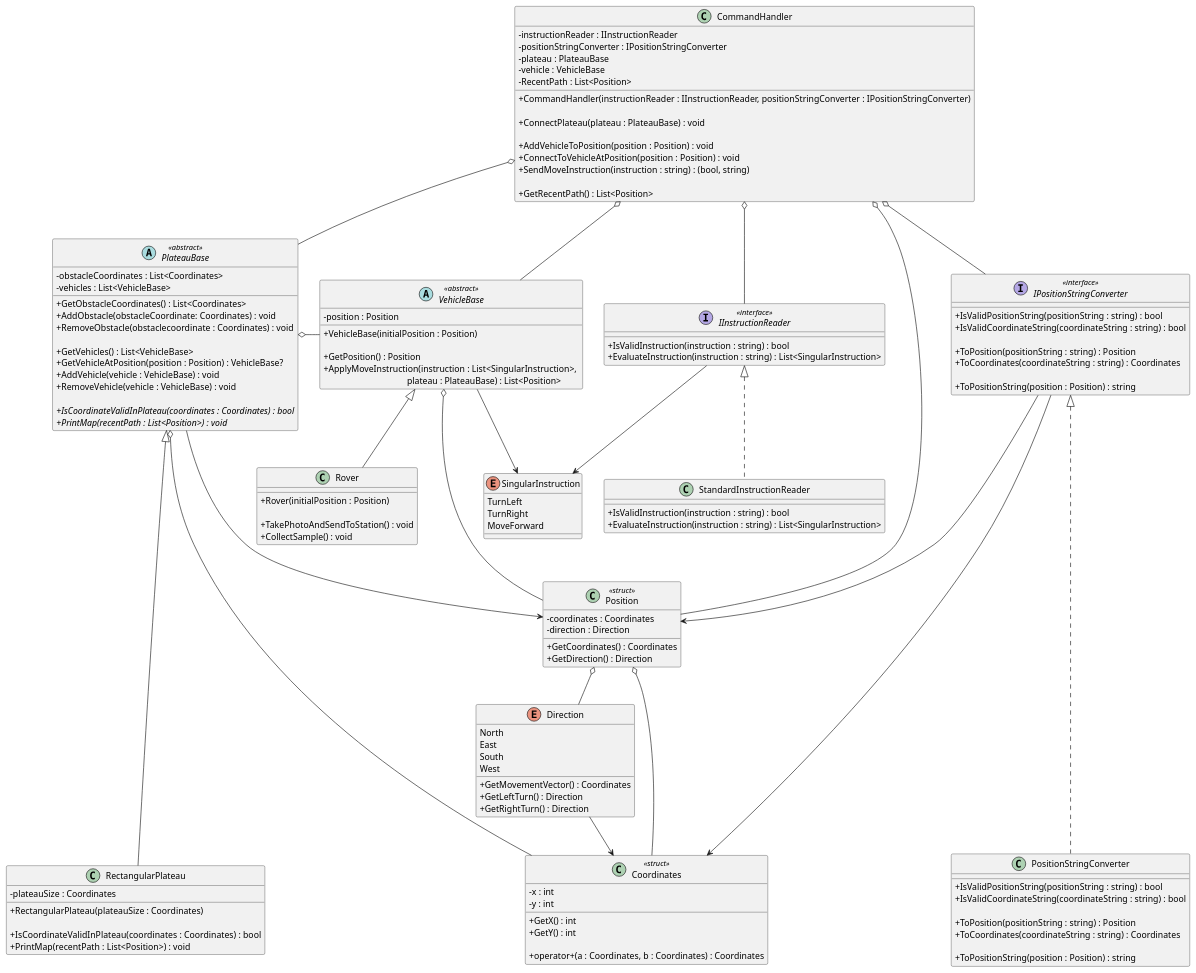
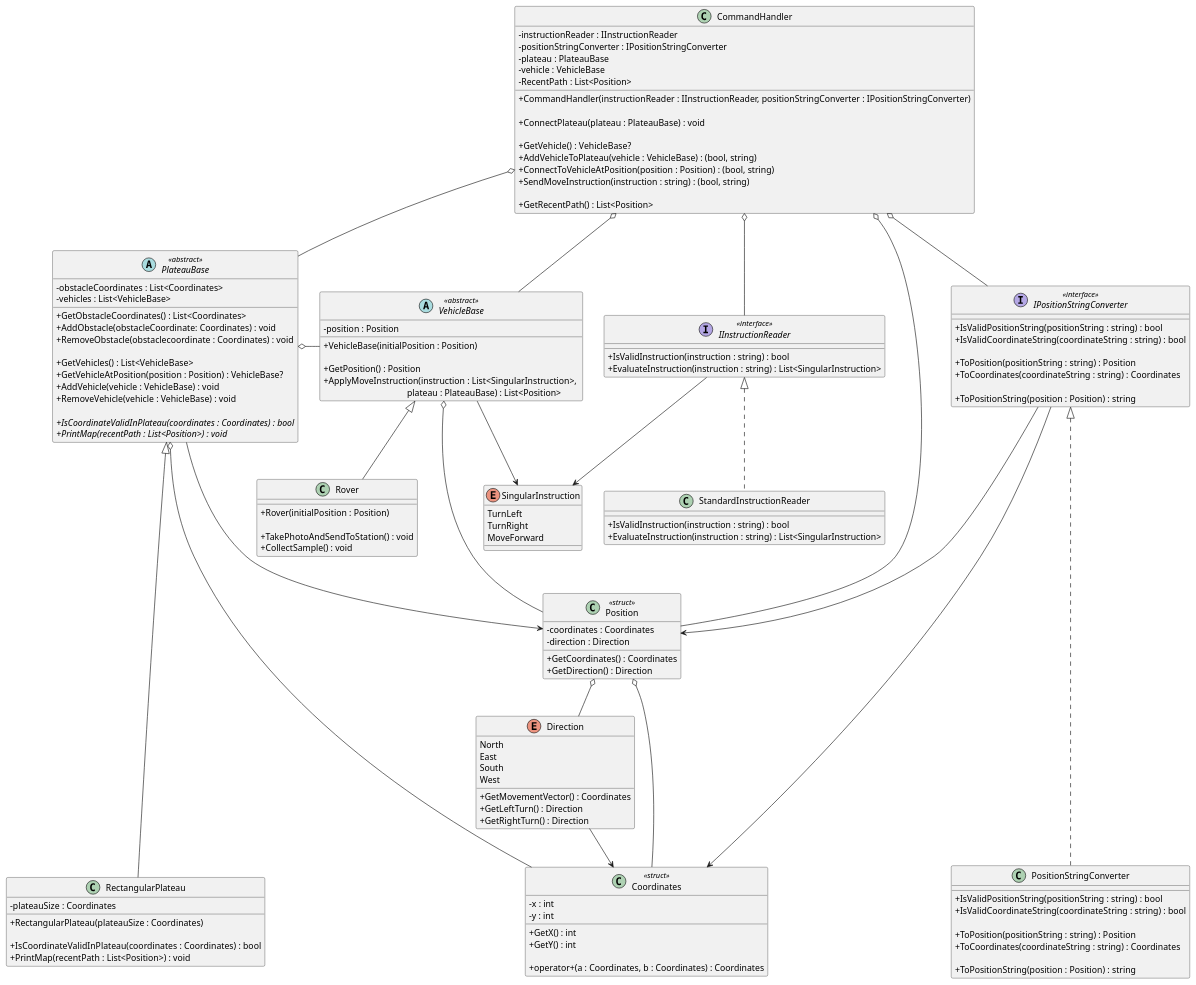
One commit to iamfranco/MarsRoverChallenge changed the diagram in diagrams/MarsRoverChallenge.puml. Above: the diagram before and after it, drawn with PlantUML. The commit also changed 1 other file, not shown here.

Commit message:
UML: modify method signatures in CommandHandler for methods that gets, adds, or connects to vehicle

```diff
--- a/diagrams/MarsRoverChallenge.puml
+++ b/diagrams/MarsRoverChallenge.puml
@@ -1,170 +1,171 @@
 @startuml "Mars Rover Challenge"
 skinparam classAttributeIconSize 0
 
 class CommandHandler
 {
   - instructionReader : IInstructionReader
   - positionStringConverter : IPositionStringConverter
   - plateau : PlateauBase
   - vehicle : VehicleBase
   - RecentPath : List<Position>
 
   + CommandHandler(instructionReader : IInstructionReader, positionStringConverter : IPositionStringConverter)
   
   + ConnectPlateau(plateau : PlateauBase) : void
 
-  + AddVehicleToPosition(position : Position) : void
-  + ConnectToVehicleAtPosition(position : Position) : void
+  + GetVehicle() : VehicleBase?
+  + AddVehicleToPlateau(vehicle : VehicleBase) : (bool, string)
+  + ConnectToVehicleAtPosition(position : Position) : (bool, string)
   + SendMoveInstruction(instruction : string) : (bool, string)
 
   + GetRecentPath() : List<Position>
 }
 
 interface IInstructionReader <<interface>>
 {
   + IsValidInstruction(instruction : string) : bool
   + EvaluateInstruction(instruction : string) : List<SingularInstruction>
 }
 
 enum SingularInstruction
 {
   TurnLeft
   TurnRight
   MoveForward
 }
 
 class StandardInstructionReader
 {
   + IsValidInstruction(instruction : string) : bool
   + EvaluateInstruction(instruction : string) : List<SingularInstruction>
 }
 
 abstract PlateauBase <<abstract>>
 {
   - obstacleCoordinates : List<Coordinates>
   - vehicles : List<VehicleBase>
 
   + GetObstacleCoordinates() : List<Coordinates>
   + AddObstacle(obstacleCoordinate: Coordinates) : void
   + RemoveObstacle(obstaclecoordinate : Coordinates) : void
 
   + GetVehicles() : List<VehicleBase>
   + GetVehicleAtPosition(position : Position) : VehicleBase?
   + AddVehicle(vehicle : VehicleBase) : void
   + RemoveVehicle(vehicle : VehicleBase) : void
 
   {abstract} + IsCoordinateValidInPlateau(coordinates : Coordinates) : bool
   {abstract} + PrintMap(recentPath : List<Position>) : void
 }
 
 class RectangularPlateau
 {
   - plateauSize : Coordinates
 
   + RectangularPlateau(plateauSize : Coordinates)
 
   + IsCoordinateValidInPlateau(coordinates : Coordinates) : bool
   + PrintMap(recentPath : List<Position>) : void
 }
 
 class Coordinates <<struct>>
 {
   - x : int
   - y : int
 
   + GetX() : int
   + GetY() : int
 
   + operator+(a : Coordinates, b : Coordinates) : Coordinates
 }
 
 enum Direction
 {
   North
   East
   South
   West
 
   + GetMovementVector() : Coordinates
   + GetLeftTurn() : Direction
   + GetRightTurn() : Direction
 }
 
 interface IPositionStringConverter <<interface>>
 {
   + IsValidPositionString(positionString : string) : bool
   + IsValidCoordinateString(coordinateString : string) : bool
 
   + ToPosition(positionString : string) : Position
   + ToCoordinates(coordinateString : string) : Coordinates
 
   + ToPositionString(position : Position) : string
 }
 
 class Position <<struct>>
 {
   - coordinates : Coordinates
   - direction : Direction
 
   + GetCoordinates() : Coordinates
   + GetDirection() : Direction
 }
 
 class PositionStringConverter
 {
   + IsValidPositionString(positionString : string) : bool
   + IsValidCoordinateString(coordinateString : string) : bool
 
   + ToPosition(positionString : string) : Position
   + ToCoordinates(coordinateString : string) : Coordinates
 
   + ToPositionString(position : Position) : string
 }
 
 class Rover
 {
   + Rover(initialPosition : Position)
 
   + TakePhotoAndSendToStation() : void
   + CollectSample() : void
 }
 
 abstract VehicleBase <<abstract>>
 {
   - position : Position
 
   + VehicleBase(initialPosition : Position)
 
   + GetPosition() : Position
   + ApplyMoveInstruction(instruction : List<SingularInstruction>, \n\
                                      plateau : PlateauBase) : List<Position>
 }
 
 CommandHandler o-- IInstructionReader
 CommandHandler o-- IPositionStringConverter
 CommandHandler o-- PlateauBase
 CommandHandler o-- VehicleBase
 CommandHandler o---- Position
 
 IInstructionReader --> SingularInstruction
 IInstructionReader <|.. StandardInstructionReader 
 
 VehicleBase <|-- Rover
 VehicleBase --> SingularInstruction
 VehicleBase o--- Position
 
 IPositionStringConverter <|..... PositionStringConverter
 IPositionStringConverter ---> Position
 IPositionStringConverter ---> Coordinates
 
 PlateauBase <|----- RectangularPlateau
 PlateauBase --> Position
 PlateauBase o-- Coordinates
 PlateauBase o- VehicleBase
 
 Direction --> Coordinates 
 
 Position o-- Direction
 Position o-- Coordinates
 
 @enduml
```
